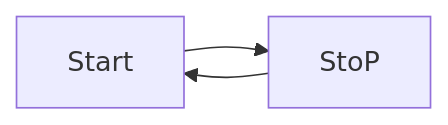
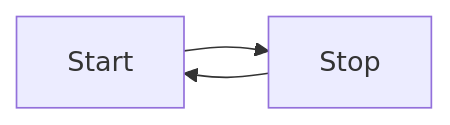
The diagram in README.md (NU-Teams/TEST-MERMAIDJS-ACTION), drawn with Mermaid before and after one commit.

````diff
--- a/README.md
+++ b/README.md
@@ -7,6 +7,6 @@
 ```mermaid
 flowchart LR
-    Start --> StoP
-    StoP --> Start
+    Start --> Stop
+    Stop --> Start
     
 ```
````
